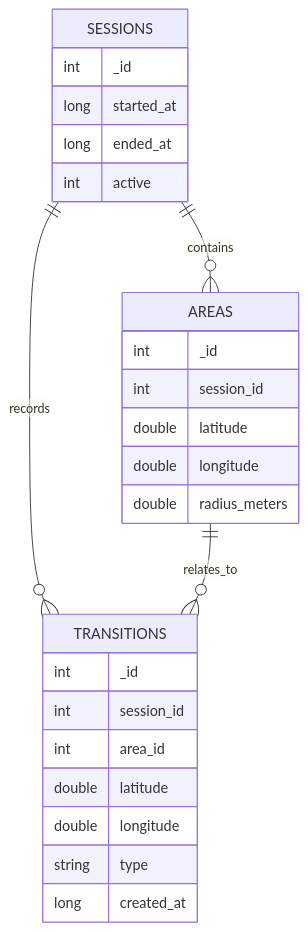
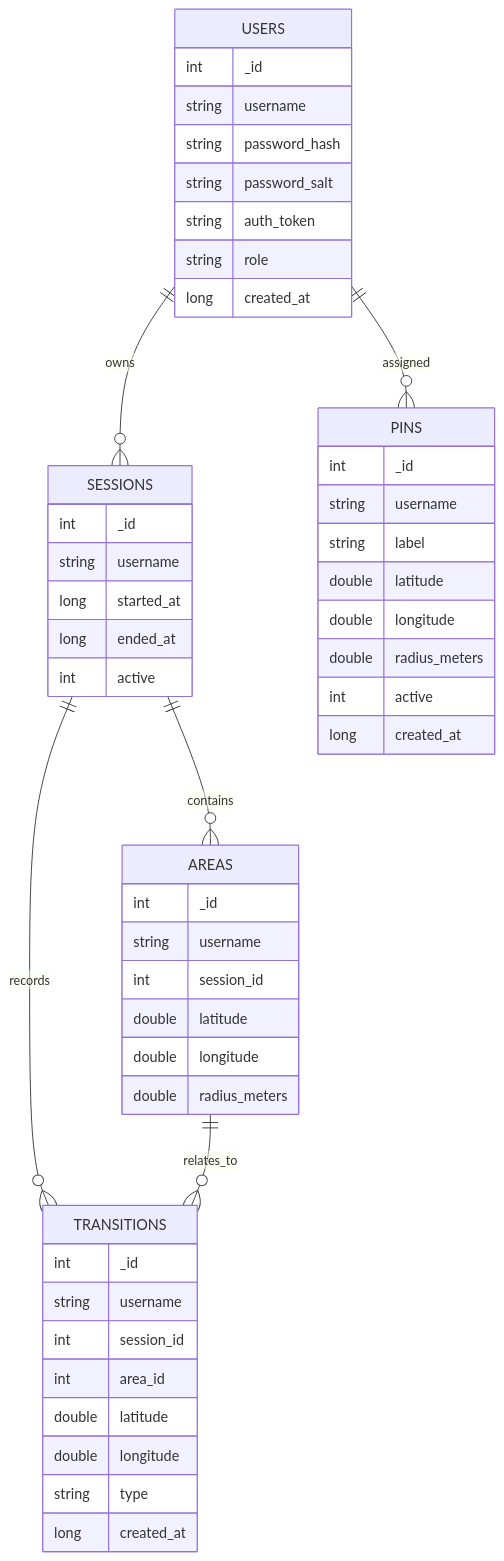
The third of 4 diagrams in README/PROJECT_REPORT.md (ElvisToska/Geofence_Tracker), drawn with Mermaid before and after one commit. The commit also changed other lines of this file and 3 other files, not shown here.

````diff
--- a/README/PROJECT_REPORT.md
+++ b/README/PROJECT_REPORT.md
@@ -180,31 +189,57 @@
 ```mermaid
 erDiagram
+    USERS ||--o{ SESSIONS : owns
+    USERS ||--o{ PINS : assigned
     SESSIONS ||--o{ AREAS : contains
     SESSIONS ||--o{ TRANSITIONS : records
     AREAS ||--o{ TRANSITIONS : relates_to
 
+    USERS {
+        int _id
+        string username
+        string password_hash
+        string password_salt
+        string auth_token
+        string role
+        long created_at
+    }
+
     SESSIONS {
         int _id
+        string username
         long started_at
         long ended_at
         int active
     }
 
     AREAS {
         int _id
+        string username
         int session_id
         double latitude
         double longitude
         double radius_meters
     }
 
     TRANSITIONS {
         int _id
+        string username
         int session_id
         int area_id
         double latitude
         double longitude
         string type
         long created_at
     }
+
+    PINS {
+        int _id
+        string username
+        string label
+        double latitude
+        double longitude
+        double radius_meters
+        int active
+        long created_at
+    }
 ```
````
